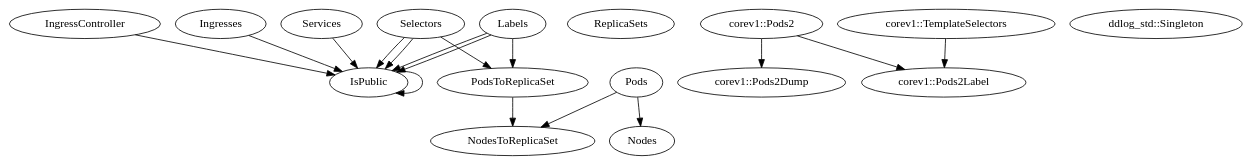
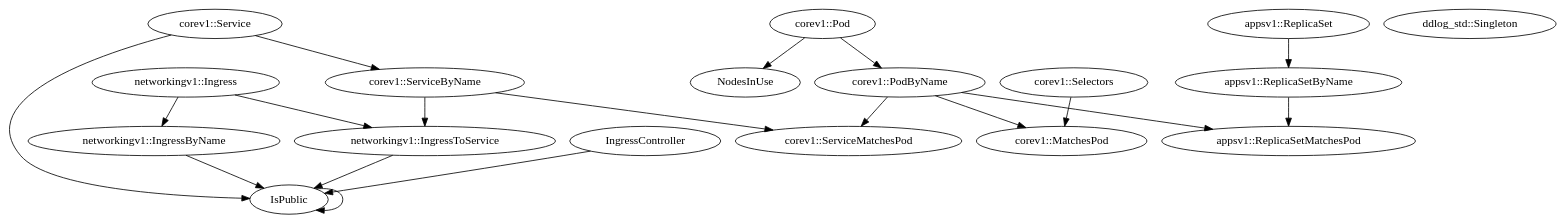
The diagram in pallograph_ddlog/pallograph.dot (ajwdev/pallograph), drawn with Graphviz before and after one commit. The commit also changed 16 other files, not shown here.

```diff
--- a/pallograph_ddlog/pallograph.dot
+++ b/pallograph_ddlog/pallograph.dot
@@ -1,34 +1,37 @@
 digraph {
     0 [label=IngressController];
-    1 [label=Ingresses];
-    2 [label=IsPublic];
-    3 [label=Labels];
-    4 [label=Nodes];
-    5 [label=NodesToReplicaSet];
-    6 [label=Pods];
-    7 [label=PodsToReplicaSet];
-    8 [label=ReplicaSets];
-    9 [label=Selectors];
-    10 [label=Services];
-    11 [label="corev1::Pods2"];
-    12 [label="corev1::Pods2Dump"];
-    13 [label="corev1::Pods2Label"];
-    14 [label="corev1::TemplateSelectors"];
-    15 [label="ddlog_std::Singleton"];
-    0 -> 2;
-    1 -> 2;
-    2 -> 2;
-    3 -> 2;
-    3 -> 2;
-    3 -> 7;
-    6 -> 4;
-    6 -> 5;
-    7 -> 5;
-    9 -> 2;
-    9 -> 2;
-    9 -> 7;
-    10 -> 2;
+    1 [label=IsPublic];
+    2 [label=NodesInUse];
+    3 [label="appsv1::ReplicaSet"];
+    4 [label="appsv1::ReplicaSetByName"];
+    5 [label="appsv1::ReplicaSetMatchesPod"];
+    6 [label="corev1::MatchesPod"];
+    7 [label="corev1::Pod"];
+    8 [label="corev1::PodByName"];
+    9 [label="corev1::Selectors"];
+    10 [label="corev1::Service"];
+    11 [label="corev1::ServiceByName"];
+    12 [label="corev1::ServiceMatchesPod"];
+    13 [label="ddlog_std::Singleton"];
+    14 [label="networkingv1::Ingress"];
+    15 [label="networkingv1::IngressByName"];
+    16 [label="networkingv1::IngressToService"];
+    0 -> 1;
+    1 -> 1;
+    3 -> 4;
+    4 -> 5;
+    7 -> 2;
+    7 -> 8;
+    8 -> 5;
+    8 -> 6;
+    8 -> 12;
+    9 -> 6;
+    10 -> 1;
+    10 -> 11;
     11 -> 12;
-    11 -> 13;
-    14 -> 13;
+    11 -> 16;
+    14 -> 15;
+    14 -> 16;
+    15 -> 1;
+    16 -> 1;
 }
```
